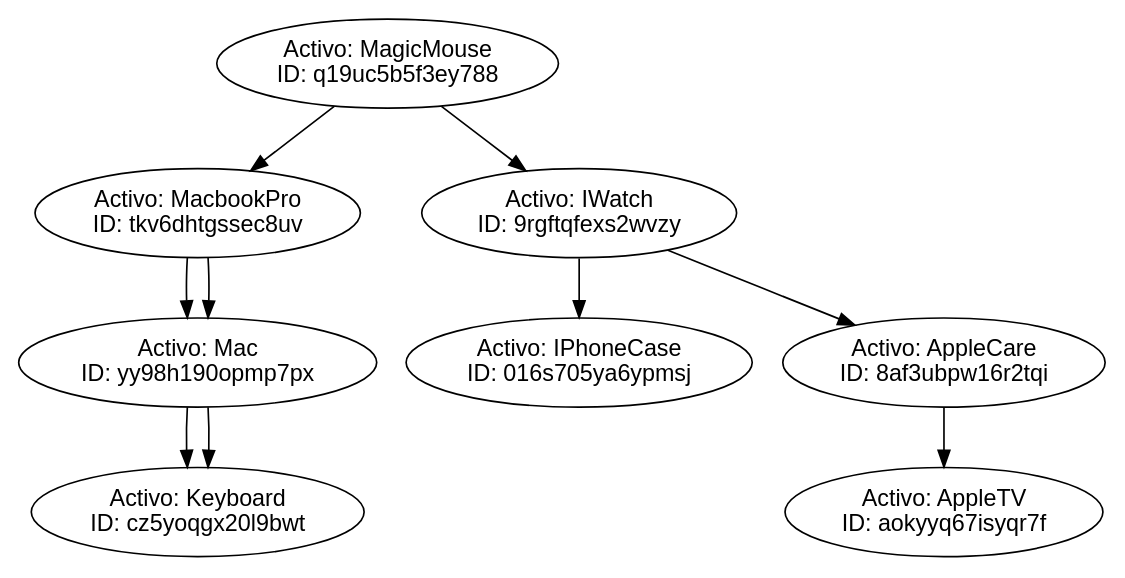
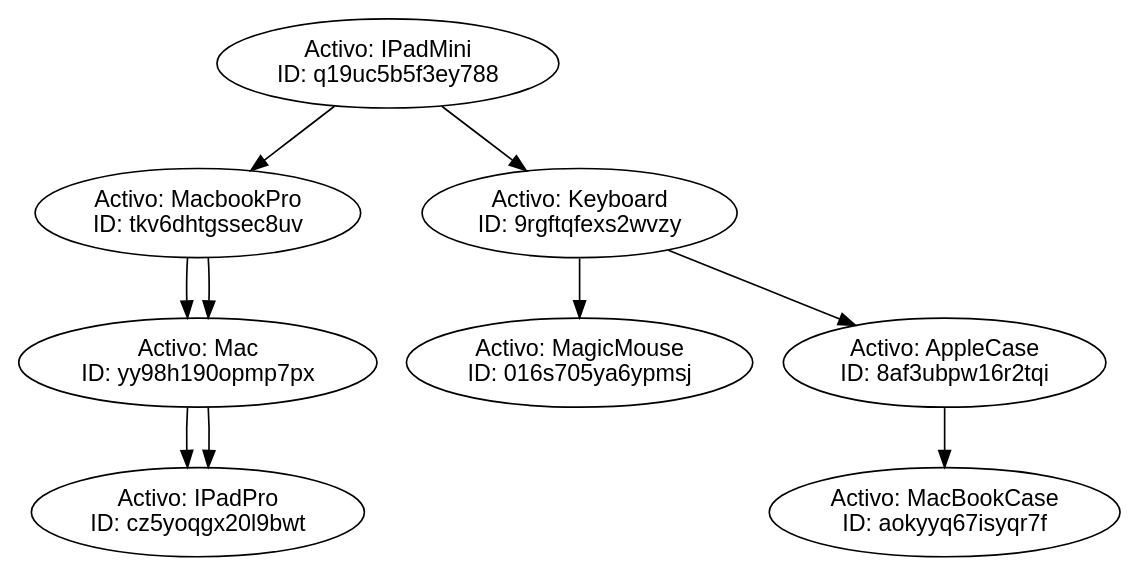
Before and after one commit to CarlosNgv99/-EDD-Proyecto_1: the diagram in -EDD-Proyecto_1/avlTrees/carlosngv.dot, drawn with Graphviz. The commit also changed 6 other files, not shown here.

```diff
--- a/-EDD-Proyecto_1/avlTrees/carlosngv.dot
+++ b/-EDD-Proyecto_1/avlTrees/carlosngv.dot
@@ -1,1 +1,1 @@
-digraph g{ node [fontname="Arial"];Mac[label="Activo: Mac\nID: yy98h190opmp7px"];Mac->Keyboard;Keyboard[label="Activo: Keyboard\nID: cz5yoqgx20l9bwt"];MacbookPro[label="Activo: MacbookPro\nID: tkv6dhtgssec8uv"];MacbookPro->Mac;MacbookPro->Mac;Mac[label="Activo: Mac\nID: yy98h190opmp7px"];Mac->Keyboard;Keyboard[label="Activo: Keyboard\nID: cz5yoqgx20l9bwt"];MagicMouse[label="Activo: MagicMouse\nID: q19uc5b5f3ey788"];MagicMouse->MacbookPro;MagicMouse->IWatch;IPhoneCase[label="Activo: IPhoneCase\nID: 016s705ya6ypmsj"];IWatch[label="Activo: IWatch\nID: 9rgftqfexs2wvzy"];IWatch->IPhoneCase;IWatch->AppleCare;AppleCare[label="Activo: AppleCare\nID: 8af3ubpw16r2tqi"];AppleCare->AppleTV;AppleTV[label="Activo: AppleTV\nID: aokyyq67isyqr7f"];}
+digraph g{ node [fontname="Arial"];Mac[label="Activo: Mac\nID: yy98h190opmp7px"];Mac->IPadPro;IPadPro[label="Activo: IPadPro\nID: cz5yoqgx20l9bwt"];MacbookPro[label="Activo: MacbookPro\nID: tkv6dhtgssec8uv"];MacbookPro->Mac;MacbookPro->Mac;Mac[label="Activo: Mac\nID: yy98h190opmp7px"];Mac->IPadPro;IPadPro[label="Activo: IPadPro\nID: cz5yoqgx20l9bwt"];IPadMini[label="Activo: IPadMini\nID: q19uc5b5f3ey788"];IPadMini->MacbookPro;IPadMini->Keyboard;MagicMouse[label="Activo: MagicMouse\nID: 016s705ya6ypmsj"];Keyboard[label="Activo: Keyboard\nID: 9rgftqfexs2wvzy"];Keyboard->MagicMouse;Keyboard->AppleCase;AppleCase[label="Activo: AppleCase\nID: 8af3ubpw16r2tqi"];AppleCase->MacBookCase;MacBookCase[label="Activo: MacBookCase\nID: aokyyq67isyqr7f"];}
```
